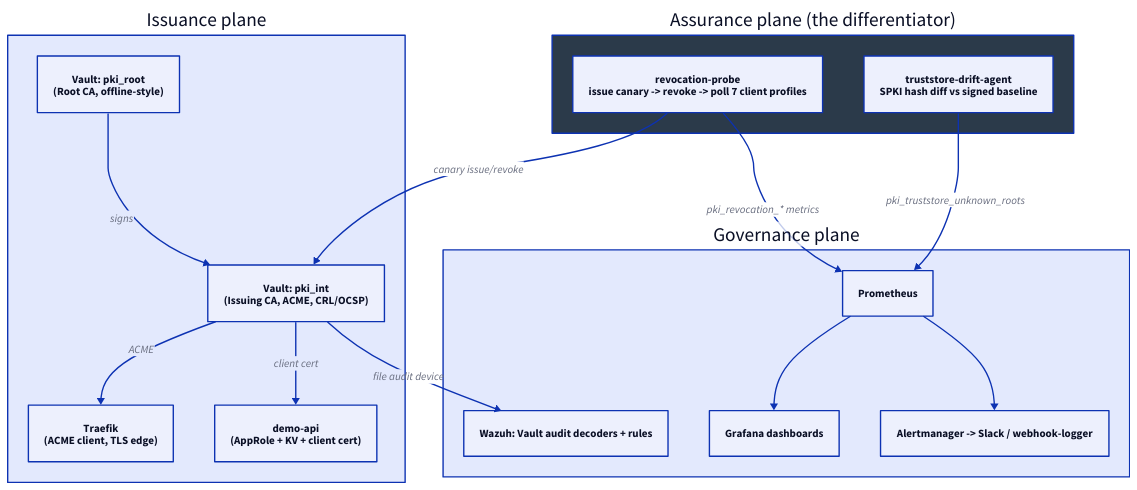
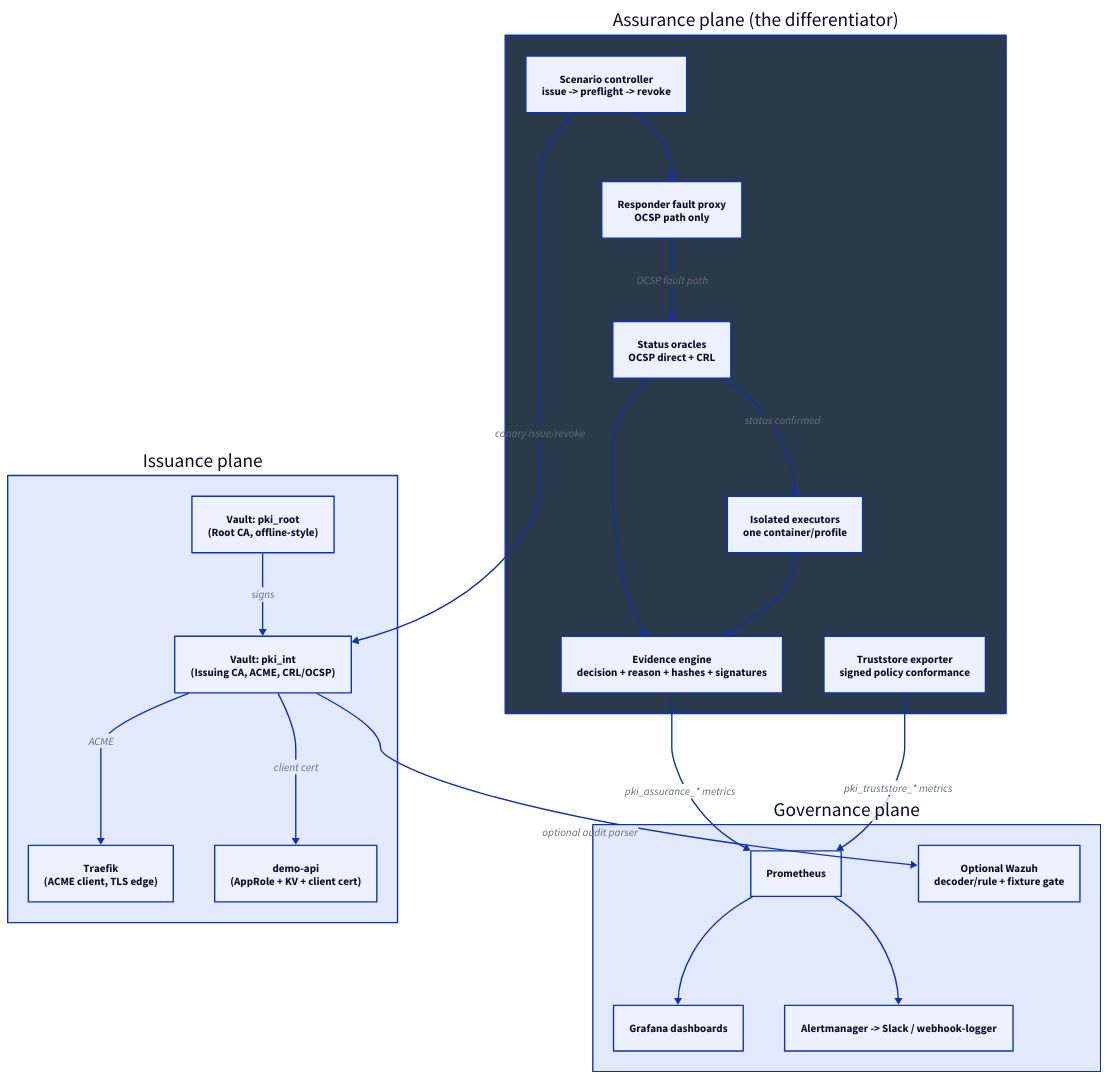
The diagram in docs/diagrams/architecture.d2 (ahpxna/pki-sentinel), drawn with D2 before and after one commit. The commit also changed 78 other files, not shown here.

```diff
--- a/docs/diagrams/architecture.d2
+++ b/docs/diagrams/architecture.d2
@@ -1,34 +1,44 @@
 # pki-sentinel architecture — regenerate the SVG with `make diagrams`
 # (requires the `d2` CLI: https://d2lang.com)
 
 issuance: Issuance plane {
   root_ca: "Vault: pki_root\n(Root CA, offline-style)"
   int_ca: "Vault: pki_int\n(Issuing CA, ACME, CRL/OCSP)"
   traefik: "Traefik\n(ACME client, TLS edge)"
   demo_api: "demo-api\n(AppRole + KV + client cert)"
 
   root_ca -> int_ca: signs
   int_ca -> traefik: ACME
   int_ca -> demo_api: client cert
 }
 
 assurance: Assurance plane (the differentiator) {
   style.fill: "#2b3a4a"
-  probe: "revocation-probe\nissue canary -> revoke -> poll 7 client profiles"
-  drift: "truststore-drift-agent\nSPKI hash diff vs signed baseline"
+  controller: "Scenario controller\nissue -> preflight -> revoke"
+  fault_proxy: "Responder fault proxy\nOCSP path only"
+  oracles: "Status oracles\nOCSP direct + CRL"
+  clients: "Isolated executors\none container/profile"
+  evidence: "Evidence engine\ndecision + reason + hashes + signatures"
+  drift: "Truststore exporter\nsigned policy conformance"
+
+  controller -> fault_proxy
+  fault_proxy -> oracles: OCSP fault path
+  oracles -> clients: status confirmed
+  oracles -> evidence
+  clients -> evidence
 }
 
 governance: Governance plane {
   prometheus: Prometheus
   grafana: Grafana dashboards
   alertmanager: "Alertmanager -> Slack / webhook-logger"
-  wazuh: "Wazuh: Vault audit decoders + rules"
+  wazuh: "Optional Wazuh\ndecoder/rule + fixture gate"
 
   prometheus -> grafana
   prometheus -> alertmanager
 }
 
-assurance.probe -> issuance.int_ca: canary issue/revoke
-assurance.probe -> governance.prometheus: pki_revocation_* metrics
-assurance.drift -> governance.prometheus: pki_truststore_unknown_roots
-issuance.int_ca -> governance.wazuh: file audit device
+assurance.controller -> issuance.int_ca: canary issue/revoke
+assurance.evidence -> governance.prometheus: pki_assurance_* metrics
+assurance.drift -> governance.prometheus: pki_truststore_* metrics
+issuance.int_ca -> governance.wazuh: optional audit parser
```
